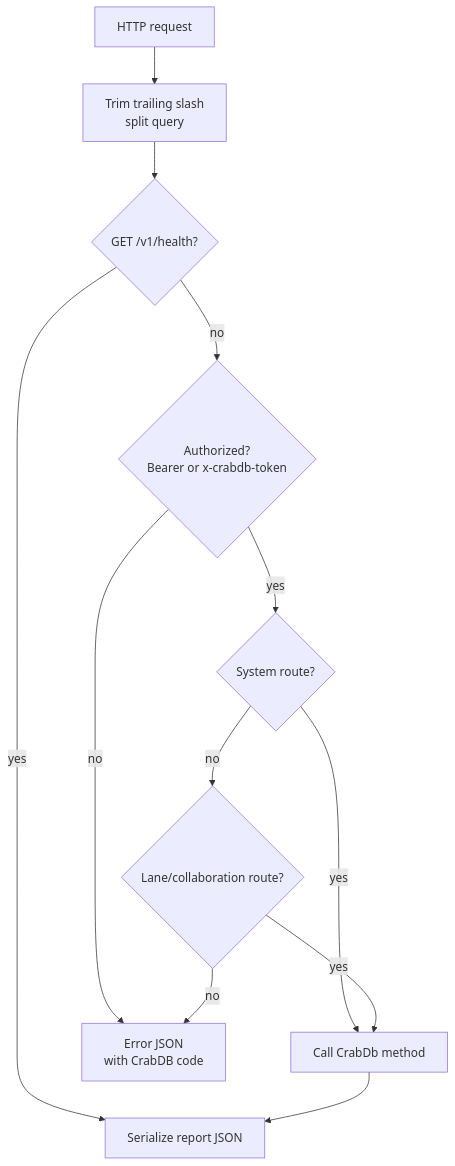
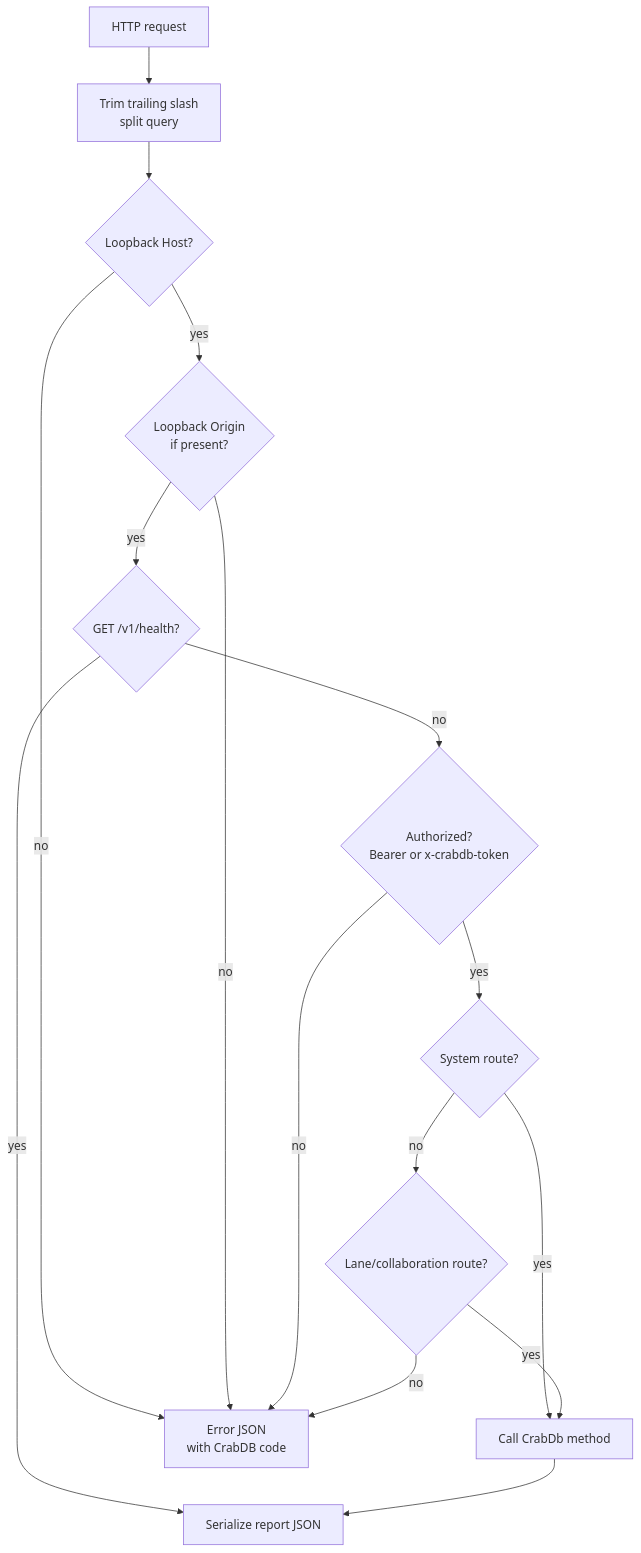
The second of 4 diagrams in docs/design/daemon-http-and-mcp.md (crabbuild/trail), drawn with Mermaid before and after one commit. The commit also changed other lines of this file and 129 other files, not shown here.

````diff
--- a/docs/design/daemon-http-and-mcp.md
+++ b/docs/design/daemon-http-and-mcp.md
@@ -121,23 +153,30 @@
 ```mermaid
 flowchart TB
     Request["HTTP request"]
     Normalize["Trim trailing slash<br/>split query"]
+    Host{"Loopback Host?"}
+    Origin{"Loopback Origin<br/>if present?"}
     Health{"GET /v1/health?"}
     Auth{"Authorized?<br/>Bearer or x-crabdb-token"}
     System{"System route?"}
     Lane{"Lane/collaboration route?"}
     Core["Call CrabDb method"]
     Json["Serialize report JSON"]
     Error["Error JSON<br/>with CrabDB code"]
 
-    Request --> Normalize --> Health
+    Request --> Normalize
+    Normalize --> Host
+    Host -- "no" --> Error
+    Host -- "yes" --> Origin
+    Origin -- "no" --> Error
+    Origin -- "yes" --> Health
     Health -- "yes" --> Json
     Health -- "no" --> Auth
     Auth -- "no" --> Error
     Auth -- "yes" --> System
     System -- "yes" --> Core
     System -- "no" --> Lane
     Lane -- "yes" --> Core
     Lane -- "no" --> Error
     Core --> Json
 ```
````
